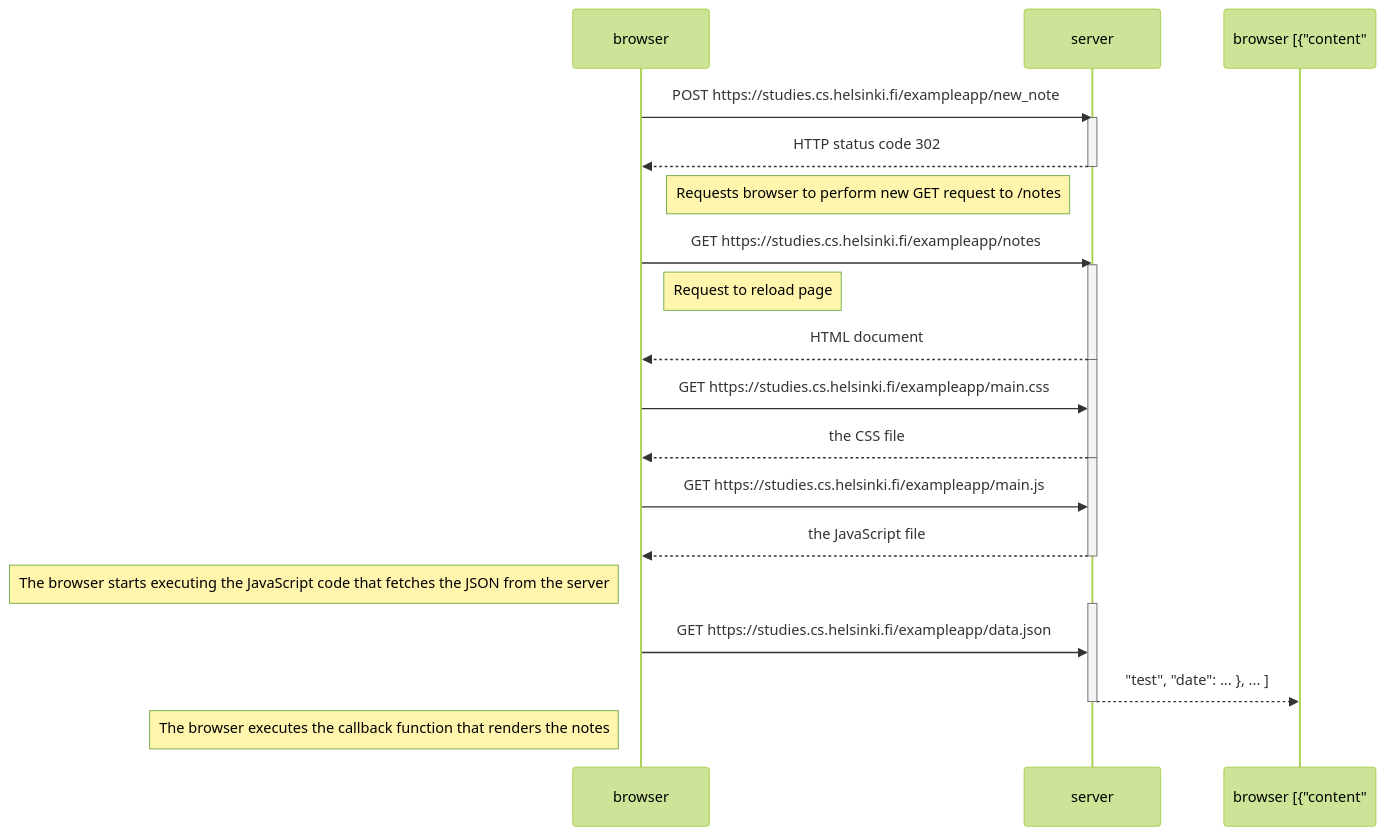
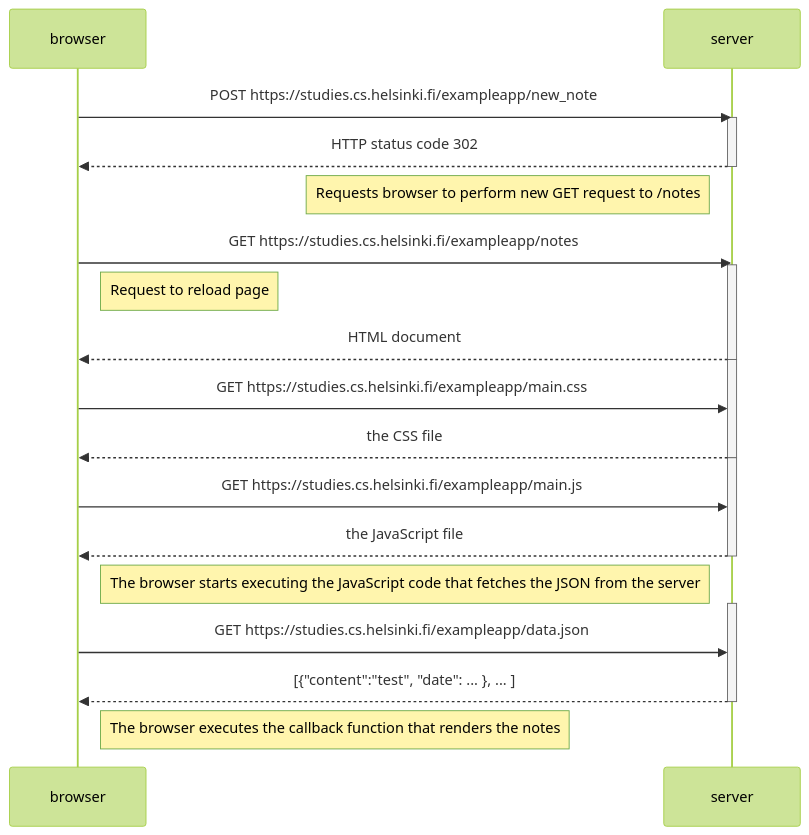
The diagram in part0/0.4/sequence.md (jmjstone/full-stack-open), drawn with Mermaid (forest theme) before and after one commit.

Commit message:
syntax issues

````diff
--- a/part0/0.4/sequence.md
+++ b/part0/0.4/sequence.md
@@ -3,32 +3,32 @@
 ```mermaid
 sequenceDiagram
     participant browser
     participant server
     browser->>server: POST https://studies.cs.helsinki.fi/exampleapp/new_note
     activate server
     server-->>browser: HTTP status code 302
     deactivate server
     Note left of server: Requests browser to perform new GET request to /notes
     browser->>server: GET https://studies.cs.helsinki.fi/exampleapp/notes
     activate server
     Note right of browser: Request to reload page
     server-->>browser: HTML document
     deactivate server
 
     activate server
     browser->>server: GET https://studies.cs.helsinki.fi/exampleapp/main.css
     server-->>browser: the CSS file
     deactivate server
 
     activate server
     browser->>server: GET https://studies.cs.helsinki.fi/exampleapp/main.js
     server-->>browser: the JavaScript file
     deactivate server
-    Note left of browser: The browser starts executing the JavaScript code that fetches the JSON from the server
+    Note right of browser: The browser starts executing the JavaScript code that fetches the JSON from the server
 
     activate server
     browser->>server: GET https://studies.cs.helsinki.fi/exampleapp/data.json
-    server-->>browser [{"content":"test", "date": ... }, ... ]
+    server-->>browser: [{"content":"test", "date": ... }, ... ]
     deactivate server
-    Note left of browser: The browser executes the callback function that renders the notes
+    Note right of browser: The browser executes the callback function that renders the notes
 ```
````
